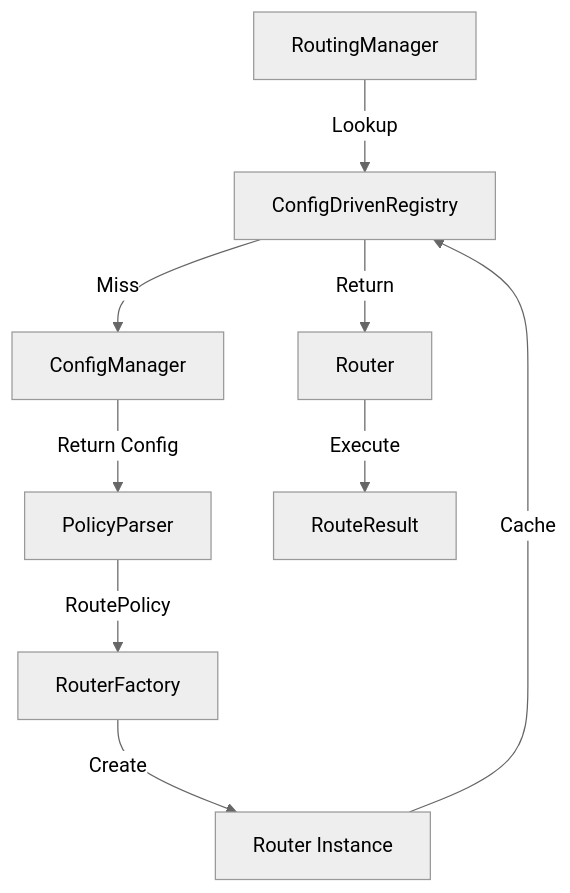
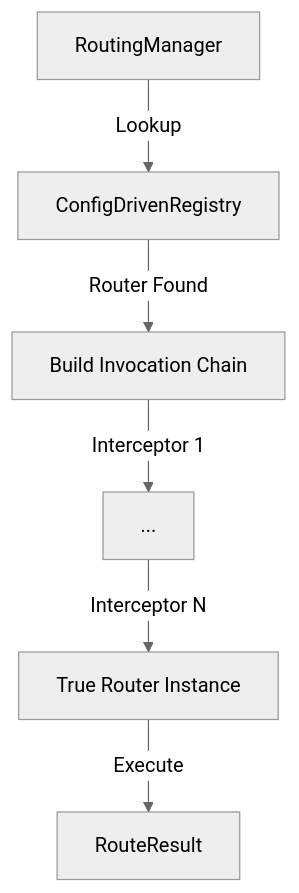
The diagram in team4u-router/README.md (team4u/team4u-framework), drawn with Mermaid (neutral theme) before and after one commit. The commit also changed other lines of this file and 10 other files, not shown here.

````diff
--- a/team4u-router/README.md
+++ b/team4u-router/README.md
@@ -554,11 +649,8 @@
 ```mermaid
 graph TD
     A[RoutingManager] -->|Lookup| B[ConfigDrivenRegistry]
-    B -->|Miss| C[ConfigManager]
-    C -->|Return Config| D[PolicyParser]
-    D -->|RoutePolicy| E[RouterFactory]
-    E -->|Create| F[Router Instance]
-    F -->|Cache| B
-    B -->|Return| G[Router]
-    G -->|Execute| H[RouteResult]
+    B -->|Router Found| C[Build Invocation Chain]
+    C -->|Interceptor 1| D[...]
+    D -->|Interceptor N| E[True Router Instance]
+    E -->|Execute| F[RouteResult]
 ```
````
